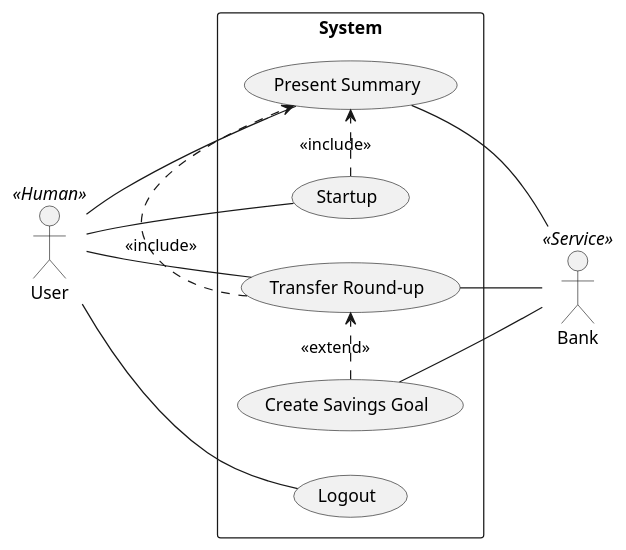
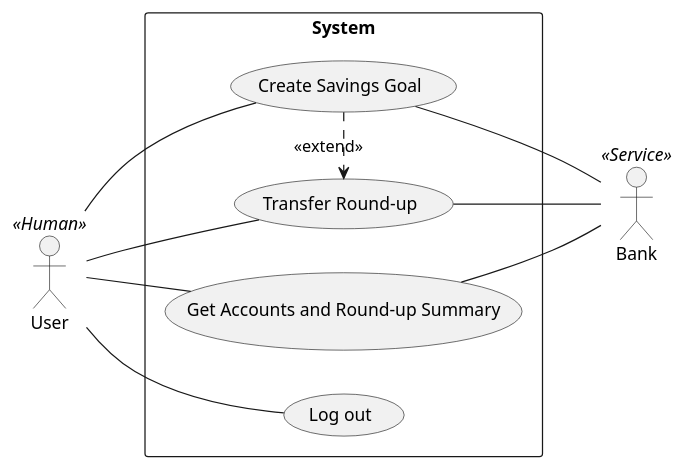
One commit to hristo-stefanov/MiniBankingDemo changed the diagram in diagrams/Use Case Diagram.puml. Above: the diagram before and after it, drawn with PlantUML.

Commit message:
Revamp Use Case Diagram.puml

```diff
--- a/diagrams/Use Case Diagram.puml
+++ b/diagrams/Use Case Diagram.puml
@@ -1,27 +1,24 @@
 @startuml
 'https://plantuml.com/use-case-diagram
 
 left to right direction
 actor User <<Human>>
 actor Bank <<Service>>
 
 rectangle System {
-usecase Startup
-usecase Logout
+usecase "Get Accounts and Round-up Summary"
+usecase "Log out"
 usecase "Transfer Round-up"
 usecase "Create Savings Goal"
-usecase "Present Summary"
 }
 
-User -- Startup
+User -- "Get Accounts and Round-up Summary"
 User -- "Transfer Round-up"
-User -- "Logout"
-User -- "Present Summary"
+User -- "Create Savings Goal"
+User -- "Log out"
 
-Startup .> "Present Summary" : <<include>>
-"Transfer Round-up" .> "Present Summary" : <<include>>
+"Get Accounts and Round-up Summary" -- "Bank"
 "Create Savings Goal" .> "Transfer Round-up" : <<extend>>
-"Present Summary" -- "Bank"
 "Transfer Round-up" -- "Bank"
 "Create Savings Goal" -- "Bank"
 @enduml
```
